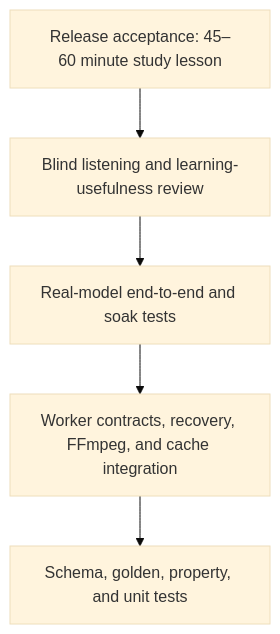
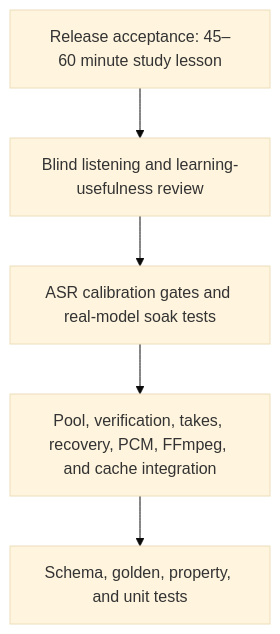
The fifth of 5 diagrams in ADR-0001-production-rust-study-guide-tts.md (rsstdd/technical-tts), drawn with Mermaid (base theme) before and after one commit. The commit also changed other lines of this file and 1 other file, not shown here.

````diff
--- a/ADR-0001-production-rust-study-guide-tts.md
+++ b/ADR-0001-production-rust-study-guide-tts.md
@@ -961,9 +1143,9 @@
 ```mermaid
 flowchart TB
     A["Release acceptance: 45–60 minute study lesson"]
     B["Blind listening and learning-usefulness review"]
-    C["Real-model end-to-end and soak tests"]
-    D["Worker contracts, recovery, FFmpeg, and cache integration"]
+    C["ASR calibration gates and real-model soak tests"]
+    D["Pool, verification, takes, recovery, PCM, FFmpeg, and cache integration"]
     E["Schema, golden, property, and unit tests"]
     A --> B --> C --> D --> E
 ```
````
